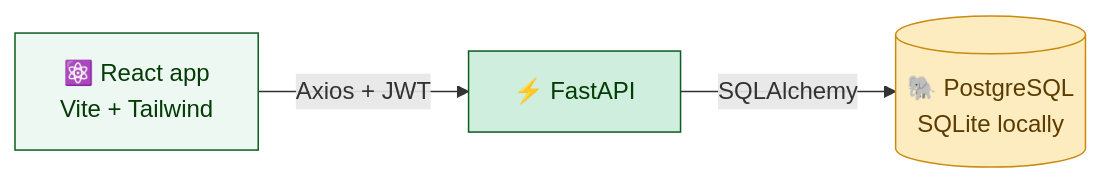
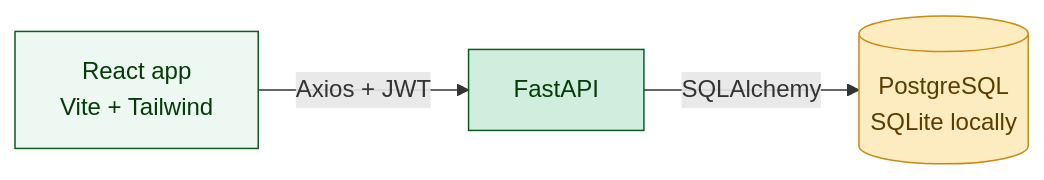
One commit to RebEmnacin/CashWell changed the diagram in README.md. Above: the diagram before and after it, drawn with Mermaid. The commit also changed other lines of this file, not shown here.

````diff
--- a/README.md
+++ b/README.md
@@ -144,8 +144,8 @@
 ```mermaid
 flowchart LR
-    A["⚛️ React app<br/>Vite + Tailwind"] -- "Axios + JWT" --> B["⚡ FastAPI"]
-    B -- SQLAlchemy --> C[("🐘 PostgreSQL<br/>SQLite locally")]
+    A["React app<br/>Vite + Tailwind"] -- "Axios + JWT" --> B["FastAPI"]
+    B -- SQLAlchemy --> C[("PostgreSQL<br/>SQLite locally")]
     style A fill:#ecf8f1,stroke:#0b5d1e,color:#053b06
     style B fill:#cfeedd,stroke:#0b5d1e,color:#053b06
     style C fill:#fdecc0,stroke:#c98a10,color:#5c3b00
 ```
````
